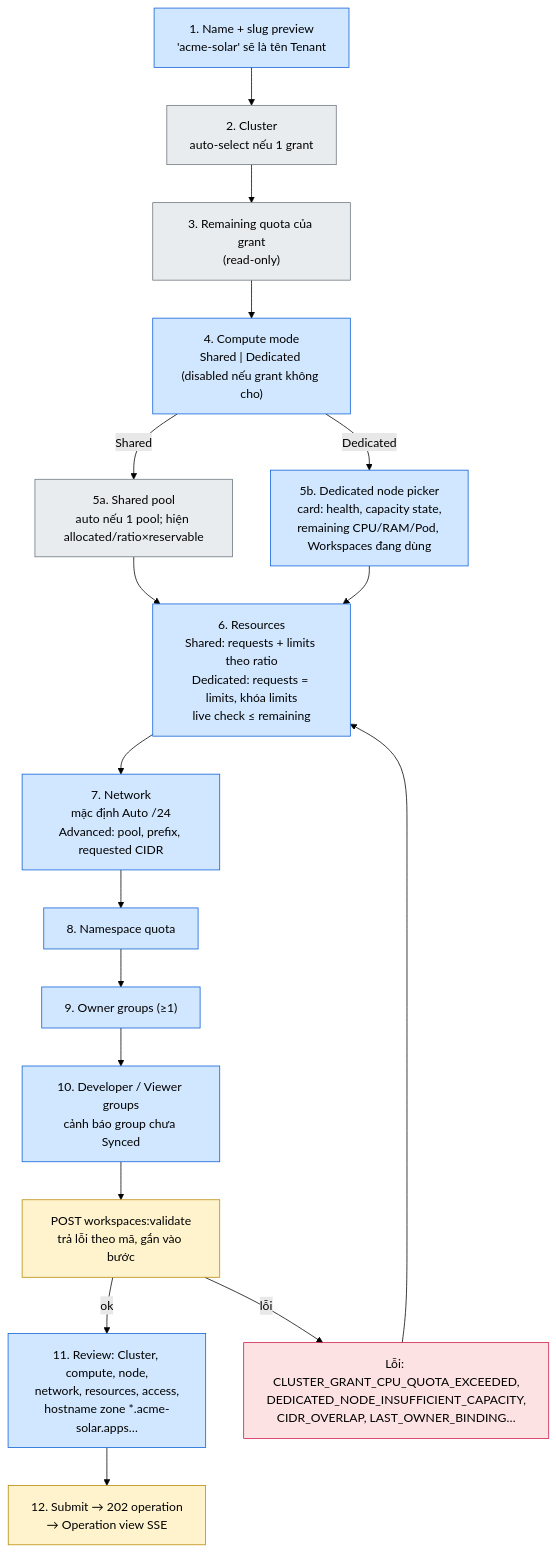
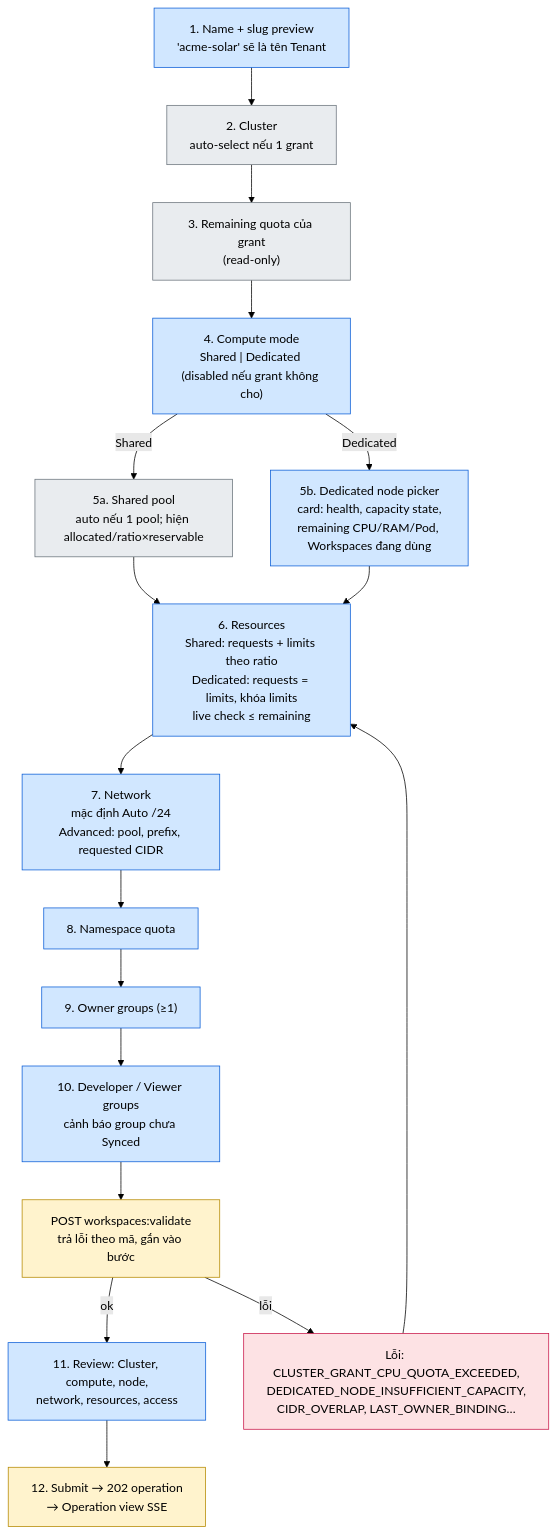
One commit to thaihoc1310/tenantry changed the fourth of 6 diagrams in docs/architecture/07-ux-wireflow.md. Above: the diagram before and after it, drawn with Mermaid (forest theme). The commit also changed other lines of this file and 10 other files, not shown here.

````diff
--- a/docs/architecture/07-ux-wireflow.md
+++ b/docs/architecture/07-ux-wireflow.md
@@ -138,30 +139,30 @@
 ```mermaid
 flowchart TB
   classDef st fill:#d1e7ff,stroke:#0b5ed7,color:#000
   classDef auto fill:#e9ecef,stroke:#6c757d,color:#000
   classDef api fill:#fff3cd,stroke:#b58900,color:#000
   classDef err fill:#fde2e4,stroke:#c9184a,color:#000
 
   B1["1. Name + slug preview<br/>'acme-solar' sẽ là tên Tenant"]:::st
   B2["2. Cluster<br/>auto-select nếu 1 grant"]:::auto
   B3["3. Remaining quota của grant<br/>(read-only)"]:::auto
   B4["4. Compute mode<br/>Shared | Dedicated (disabled nếu grant không cho)"]:::st
   B5s["5a. Shared pool<br/>auto nếu 1 pool; hiện allocated/ratio×reservable"]:::auto
   B5d["5b. Dedicated node picker<br/>card: health, capacity state,<br/>remaining CPU/RAM/Pod, Workspaces đang dùng"]:::st
   B6["6. Resources<br/>Shared: requests + limits theo ratio<br/>Dedicated: requests = limits, khóa limits<br/>live check ≤ remaining"]:::st
   B7["7. Network<br/>mặc định Auto /24<br/>Advanced: pool, prefix, requested CIDR"]:::st
   B8["8. Namespace quota"]:::st
   B9["9. Owner groups (≥1)"]:::st
   B10["10. Developer / Viewer groups<br/>cảnh báo group chưa Synced"]:::st
   V["POST workspaces:validate<br/>trả lỗi theo mã, gắn vào bước"]:::api
-  B11["11. Review: Cluster, compute, node,<br/>network, resources, access,<br/>hostname zone *.acme-solar.apps…"]:::st
+  B11["11. Review: Cluster, compute, node,<br/>network, resources, access"]:::st
   B12["12. Submit → 202 operation<br/>→ Operation view SSE"]:::api
   E["Lỗi: CLUSTER_GRANT_CPU_QUOTA_EXCEEDED,<br/>DEDICATED_NODE_INSUFFICIENT_CAPACITY,<br/>CIDR_OVERLAP, LAST_OWNER_BINDING…"]:::err
 
   B1 --> B2 --> B3 --> B4
   B4 -->|"Shared"| B5s --> B6
   B4 -->|"Dedicated"| B5d --> B6
   B6 --> B7 --> B8 --> B9 --> B10 --> V
   V -->|"ok"| B11 --> B12
   V -->|"lỗi"| E --> B6
 ```
````
